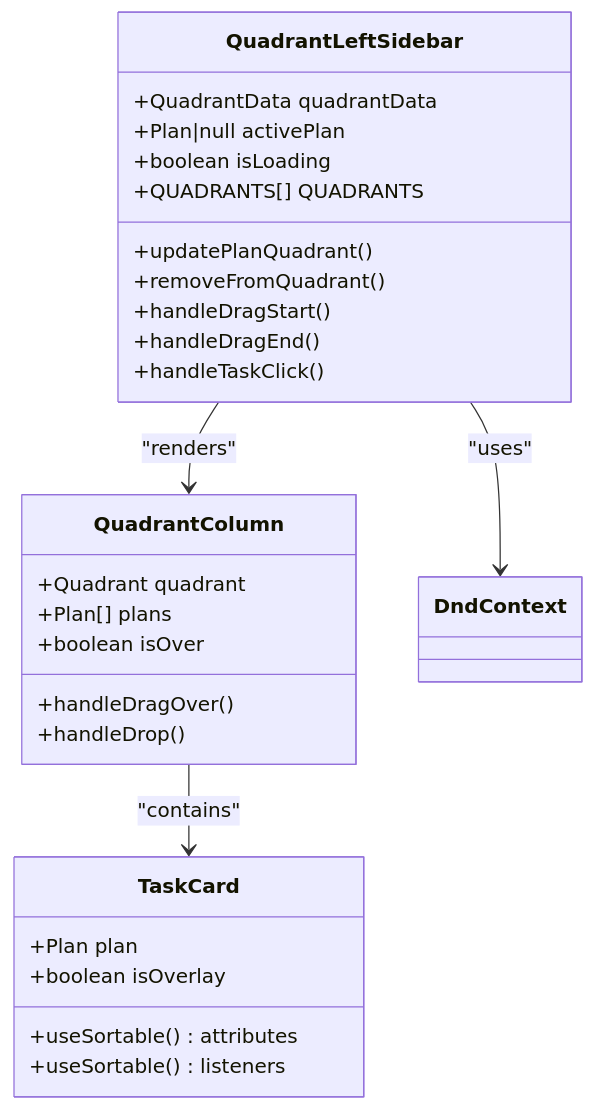
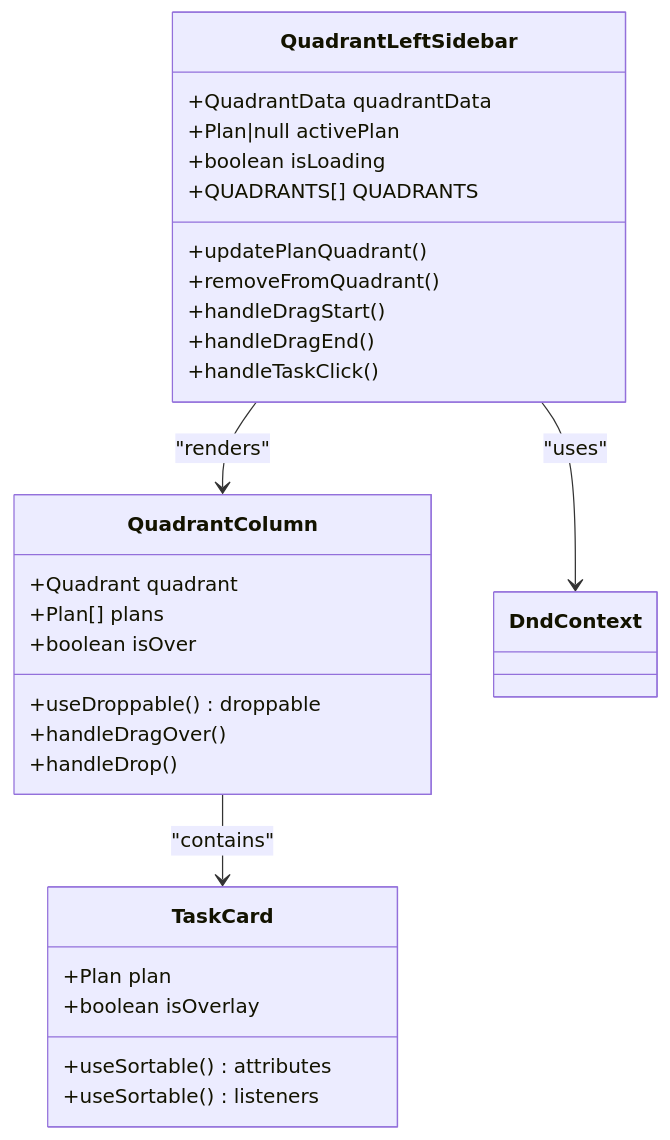
One commit to peixuanhu/goal-mate changed the third of 10 diagrams in .qoder/repowiki/en/content/UI Components/Drag-and-Drop Functionality.md. Above: the diagram before and after it, drawn with Mermaid. The commit also changed other lines of this file and 3 other files, not shown here.

````diff
--- a/.qoder/repowiki/en/content/UI Components/Drag-and-Drop Functionality.md
+++ b/.qoder/repowiki/en/content/UI Components/Drag-and-Drop Functionality.md
@@ -118,30 +121,31 @@
 ```mermaid
 classDiagram
 class QuadrantLeftSidebar {
 +QuadrantData quadrantData
 +Plan|null activePlan
 +boolean isLoading
 +QUADRANTS[] QUADRANTS
 +updatePlanQuadrant()
 +removeFromQuadrant()
 +handleDragStart()
 +handleDragEnd()
 +handleTaskClick()
 }
 class QuadrantColumn {
 +Quadrant quadrant
 +Plan[] plans
 +boolean isOver
++useDroppable() droppable
 +handleDragOver()
 +handleDrop()
 }
 class TaskCard {
 +Plan plan
 +boolean isOverlay
 +useSortable() attributes
 +useSortable() listeners
 }
 QuadrantLeftSidebar --> QuadrantColumn : "renders"
 QuadrantColumn --> TaskCard : "contains"
 QuadrantLeftSidebar --> DndContext : "uses"
 ```
````
